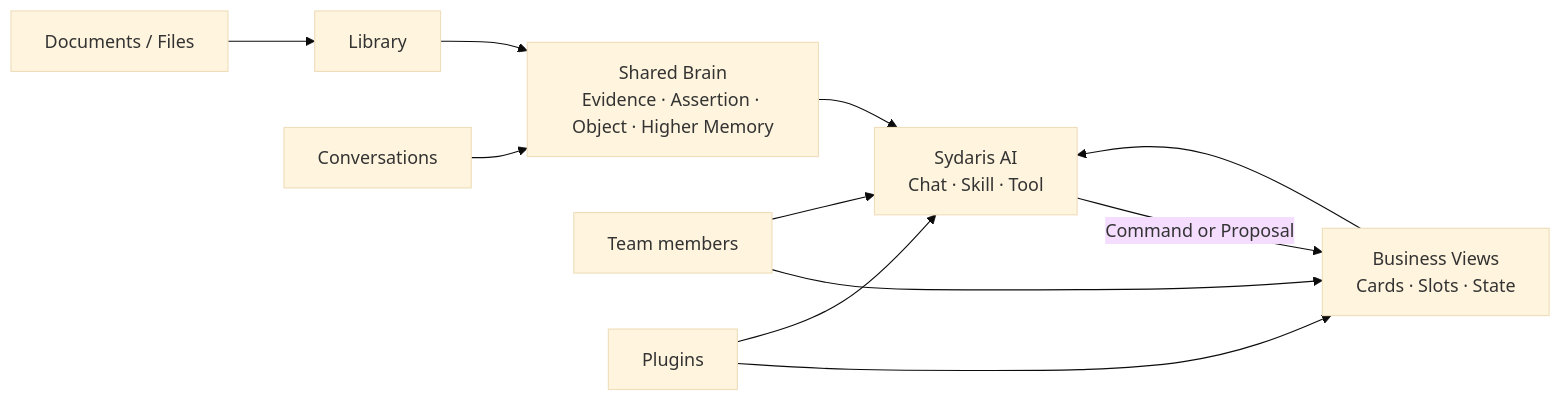
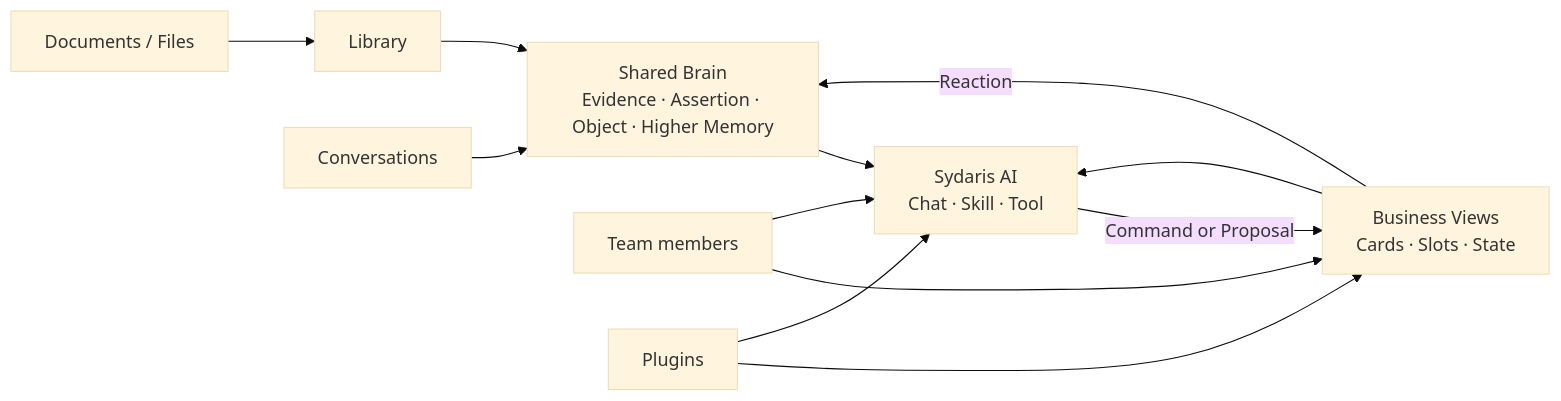
The diagram in README.md (USTC-Student-TableTennisAssociation/association-management), drawn with Mermaid (base theme) before and after one commit. The commit also changed other lines of this file, not shown here.

````diff
--- a/README.md
+++ b/README.md
@@ -37,15 +39,16 @@
 ```mermaid
 flowchart LR
     Files["Documents / Files"] --> Library["Library"]
     Conversations["Conversations"] --> Brain["Shared Brain<br/>Evidence · Assertion · Object · Higher Memory"]
     Library --> Brain
 
     Brain --> AI["Sydaris AI<br/>Chat · Skill · Tool"]
     Views["Business Views<br/>Cards · Slots · State"] --> AI
     People["Team members"] --> Views
     People --> AI
 
     AI -->|"Command or Proposal"| Views
+    Views -->|"Reaction"| Brain
     Plugins["Plugins"] --> Views
     Plugins --> AI
 ```
````
